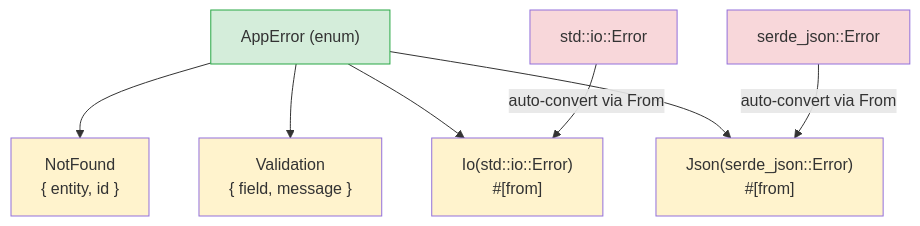
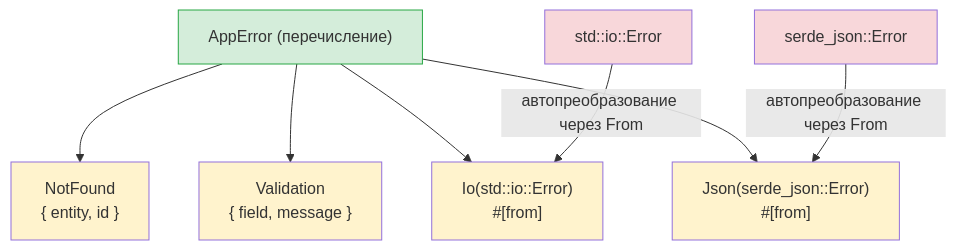
One commit to r007/RustTraining-Rus changed the second of 2 diagrams in python-book/src/ch09-error-handling.md. Above: the diagram before and after it, drawn with Mermaid. The commit also changed other lines of this file and 10 other files, not shown here.

````diff
--- a/python-book/src/ch09-error-handling.md
+++ b/python-book/src/ch09-error-handling.md
@@ -195,16 +191,16 @@
 ```mermaid
 graph TD
-    AE["AppError (enum)"] --> NF["NotFound<br/>{ entity, id }"]
+    AE["AppError (перечисление)"] --> NF["NotFound<br/>{ entity, id }"]
     AE --> VE["Validation<br/>{ field, message }"]
     AE --> IO["Io(std::io::Error)<br/>#[from]"]
     AE --> JSON["Json(serde_json::Error)<br/>#[from]"]
-    IO2["std::io::Error"] -->|"auto-convert via From"| IO
-    JSON2["serde_json::Error"] -->|"auto-convert via From"| JSON
+    IO2["std::io::Error"] -->|"автопреобразование через From"| IO
+    JSON2["serde_json::Error"] -->|"автопреобразование через From"| JSON
     style AE fill:#d4edda,stroke:#28a745
     style NF fill:#fff3cd
     style VE fill:#fff3cd
     style IO fill:#fff3cd
     style JSON fill:#fff3cd
     style IO2 fill:#f8d7da
     style JSON2 fill:#f8d7da
 ```
````
